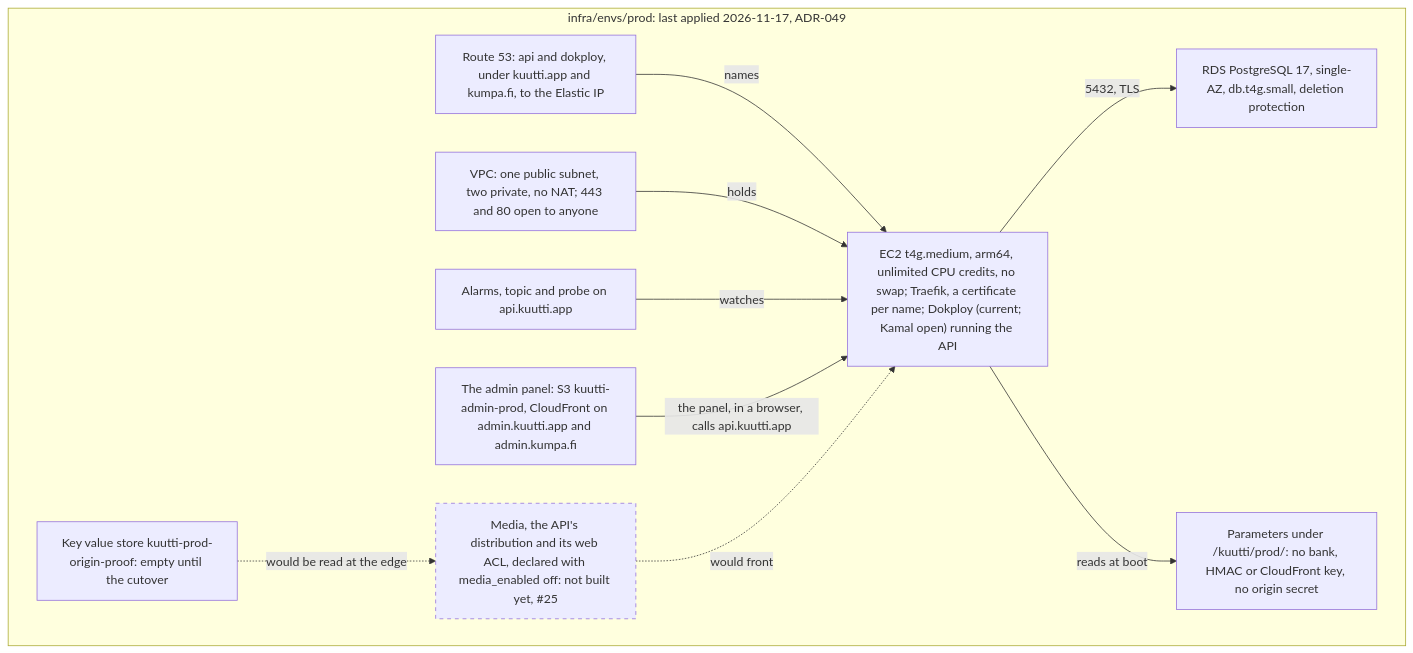
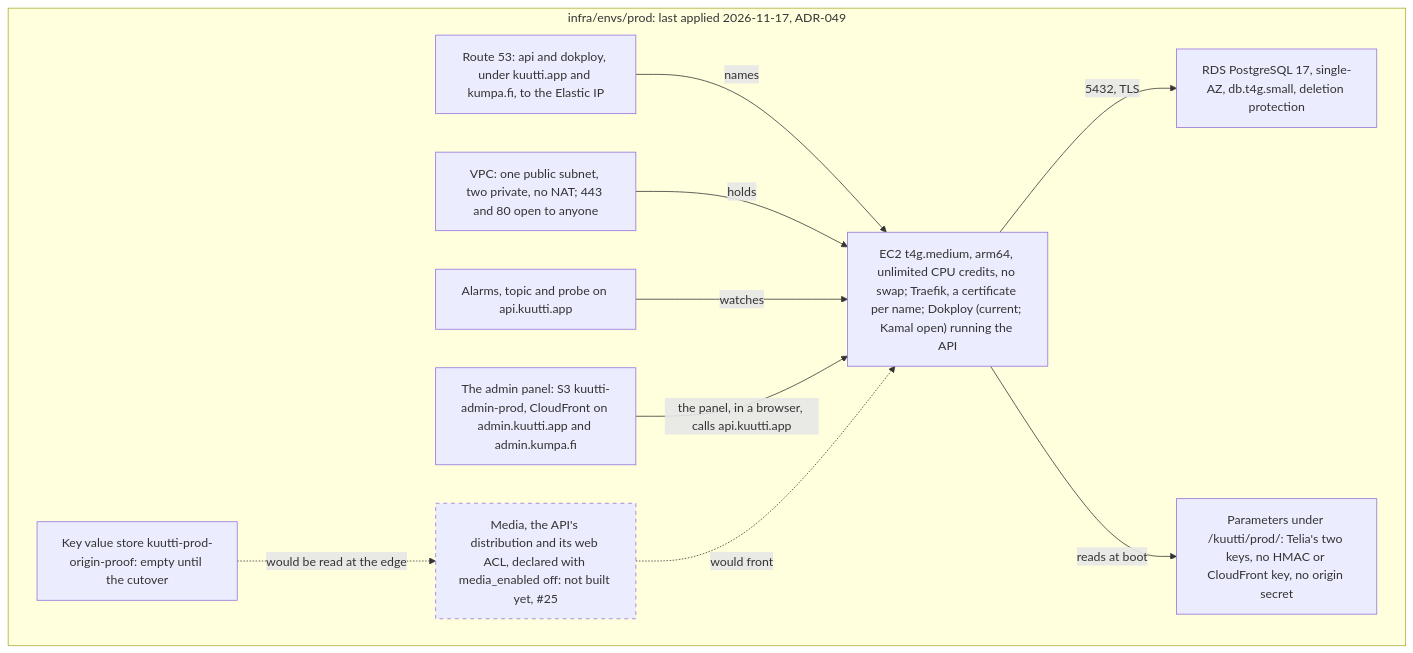
Before and after one commit to kuutti-ry/kumpa-app: the fourth of 5 diagrams in docs/architecture/deployment.md, drawn with Mermaid. The commit also changed other lines of this file, not shown here.

Commit message:
Draw production's Telia keys and its named client
Refs #25

````diff
--- a/docs/architecture/deployment.md
+++ b/docs/architecture/deployment.md
@@ -215,25 +215,25 @@
 ```mermaid
 flowchart TB
   accTitle: Deployment, part 5: production
   accDescr: infra/envs/prod, applied before the first release from rehearsal tags, the last on 2026-11-17, composes the same network, box, database, alarms and parameters as staging, with a larger box, a larger database class and deletion protection. api and dokploy, under kuutti.app and kumpa.fi, point at the box's Elastic IP, where Traefik holds a certificate for each name and Dokploy runs one application, the API, pinned to an attested commit and with bank identification off. The admin panel has its own bucket and distribution on admin.kuutti.app and admin.kumpa.fi, and calls the API. The store of the origin proof exists and is empty; the media module, with the API's distribution and its web ACL, is declared switched off.
   subgraph prodenv["infra/envs/prod: last applied 2026-11-17, ADR-049"]
     n49["Route 53: api and dokploy, under kuutti.app and kumpa.fi, to the Elastic IP"]
     n50["VPC: one public subnet, two private, no NAT; 443 and 80 open to anyone"]
     n51["EC2 t4g.medium, arm64, unlimited CPU credits, no swap; Traefik, a certificate per name; Dokploy (current; Kamal open) running the API"]
     n52["RDS PostgreSQL 17, single-AZ, db.t4g.small, deletion protection"]
-    n53["Parameters under /kuutti/prod/: no bank, HMAC or CloudFront key, no origin secret"]
+    n53["Parameters under /kuutti/prod/: Telia's two keys, no HMAC or CloudFront key, no origin secret"]
     n54["Alarms, topic and probe on api.kuutti.app"]
     n56["The admin panel: S3 kuutti-admin-prod, CloudFront on admin.kuutti.app and admin.kumpa.fi"]
     n70["Key value store kuutti-prod-origin-proof: empty until the cutover"]
     n55["Media, the API's distribution and its web ACL, declared with media_enabled off: not built yet, #25"]:::notbuilt
   end
   n49 -->|"names"| n51
   n50 -->|"holds"| n51
   n51 -->|"5432, TLS"| n52
   n51 -->|"reads at boot"| n53
   n54 -->|"watches"| n51
   n56 -->|"the panel, in a browser, calls api.kuutti.app"| n51
   n70 -.->|"would be read at the edge"| n55
   n55 -.->|"would front"| n51
   classDef notbuilt stroke-dasharray: 5 5
 ```
````
